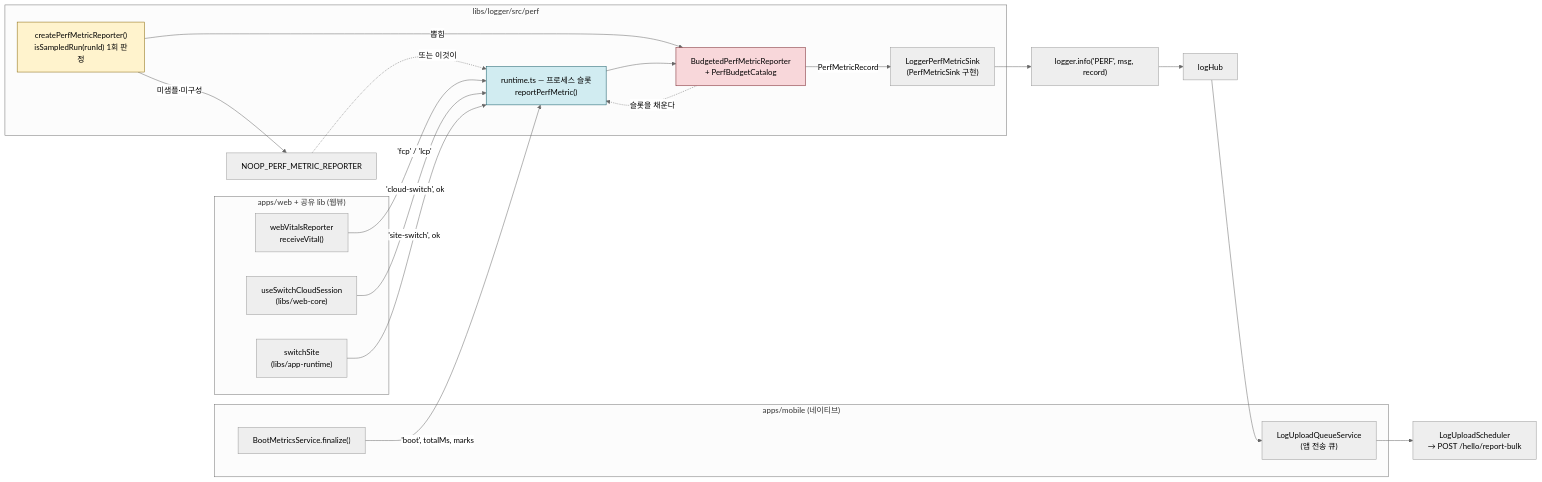
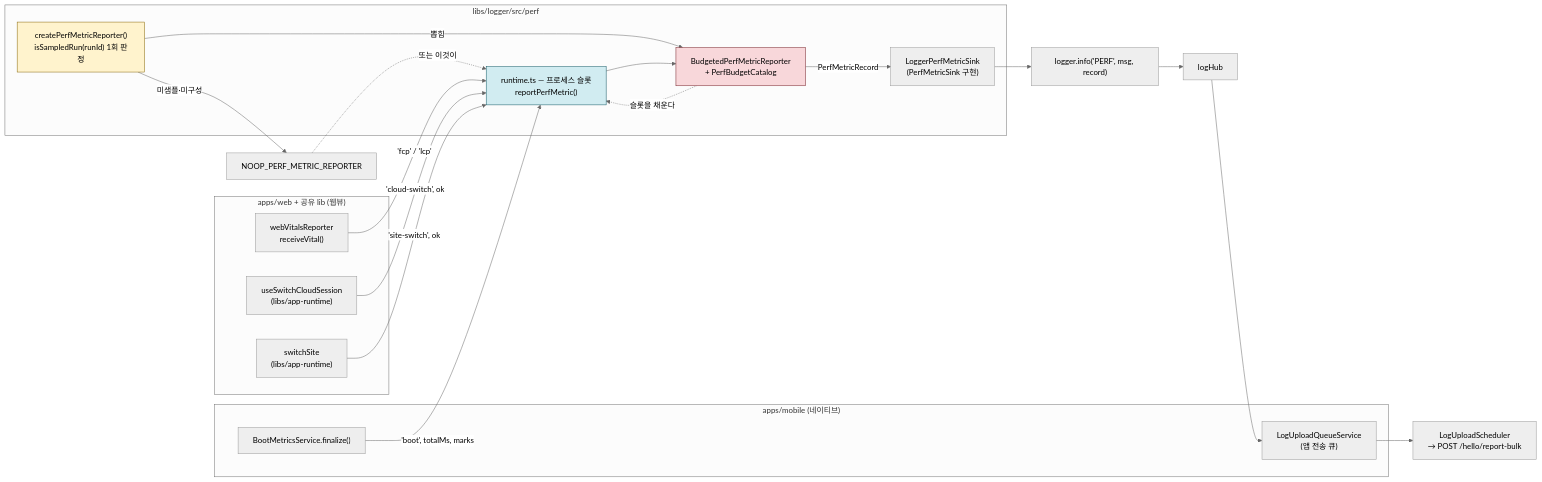
The first of 4 diagrams in libs/logger/docs/perf-metrics.md (lemoncloud-io/dou-app), drawn with Mermaid (neutral theme) before and after one commit. The commit also changed other lines of this file, not shown here.

First line of the commit message:
docs(logger/perf): retarget the metric doc at libs that exist and a test that does

````diff
--- a/libs/logger/docs/perf-metrics.md
+++ b/libs/logger/docs/perf-metrics.md
@@ -107,45 +107,45 @@
 ```mermaid
 flowchart LR
     subgraph native["apps/mobile (네이티브)"]
         BMS["BootMetricsService.finalize()"]
         NQ["LogUploadQueueService<br/>(앱 전송 큐)"]
     end
 
     subgraph web["apps/web + 공유 lib (웹뷰)"]
         WV["webVitalsReporter<br/>receiveVital()"]
-        CS["useSwitchCloudSession<br/>(libs/web-core)"]
+        CS["useSwitchCloudSession<br/>(libs/app-runtime)"]
         SS["switchSite<br/>(libs/app-runtime)"]
     end
 
     subgraph perf["libs/logger/src/perf"]
         CFG["createPerfMetricReporter()<br/>isSampledRun(runId) 1회 판정"]
         SLOT["runtime.ts — 프로세스 슬롯<br/>reportPerfMetric()"]
         RPT["BudgetedPerfMetricReporter<br/>+ PerfBudgetCatalog"]
         SINK["LoggerPerfMetricSink<br/>(PerfMetricSink 구현)"]
     end
 
     HUB["logHub"]
     UP["LogUploadScheduler<br/>→ POST /hello/report-bulk"]
 
     CFG -->|"뽑힘"| RPT
     CFG -->|"미샘플·미구성"| NOOP["NOOP_PERF_METRIC_REPORTER"]
     RPT -.->|"슬롯을 채운다"| SLOT
     NOOP -.->|"또는 이것이"| SLOT
 
     BMS -->|"'boot', totalMs, marks"| SLOT
     WV -->|"'fcp' / 'lcp'"| SLOT
     CS -->|"'cloud-switch', ok"| SLOT
     SS -->|"'site-switch', ok"| SLOT
 
     SLOT --> RPT
     RPT -->|"PerfMetricRecord"| SINK
     SINK --> LOG["logger.info('PERF', msg, record)"]
 
     LOG --> HUB
     HUB --> NQ
     NQ --> UP
 
     style CFG fill:#fff3cd,stroke:#856404
     style SLOT fill:#d1ecf1,stroke:#0c5460
     style RPT fill:#f8d7da,stroke:#721c24
 ```
````
